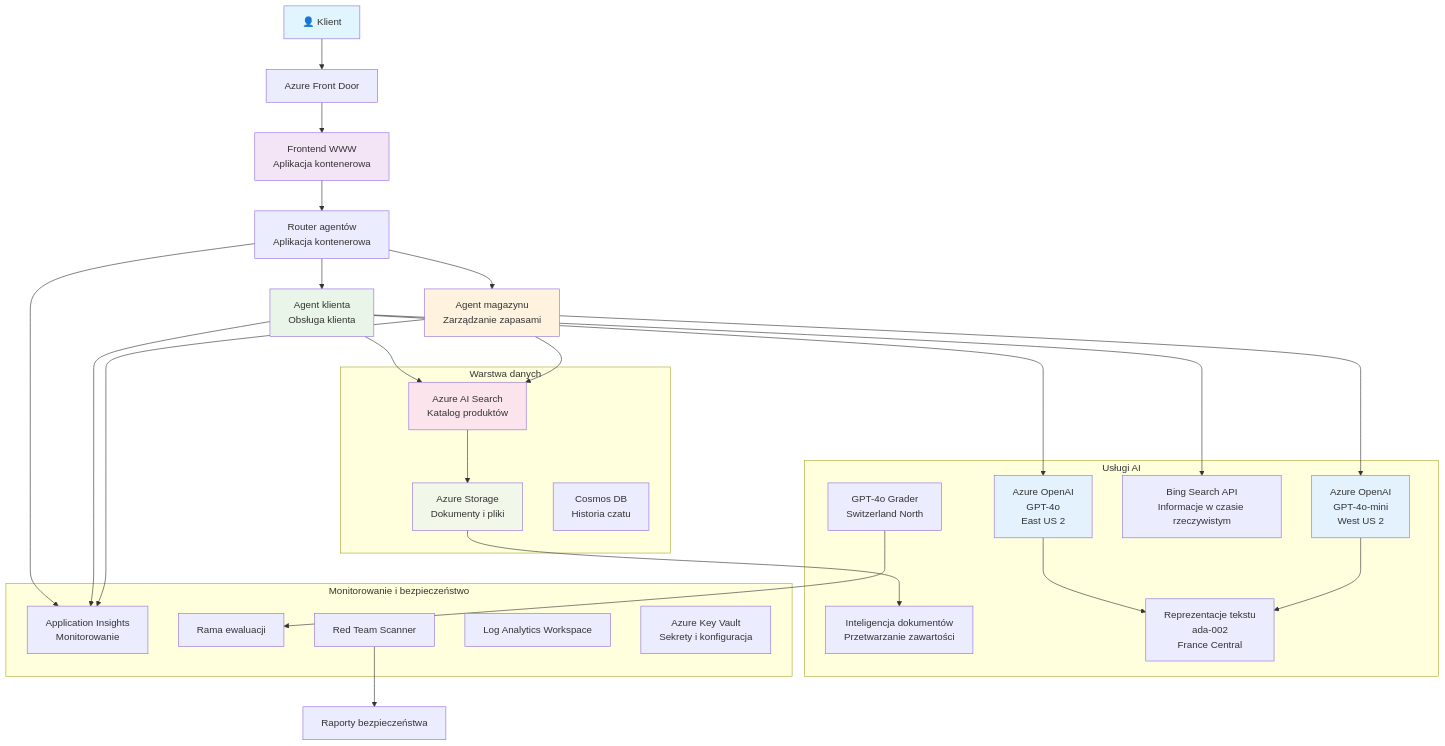
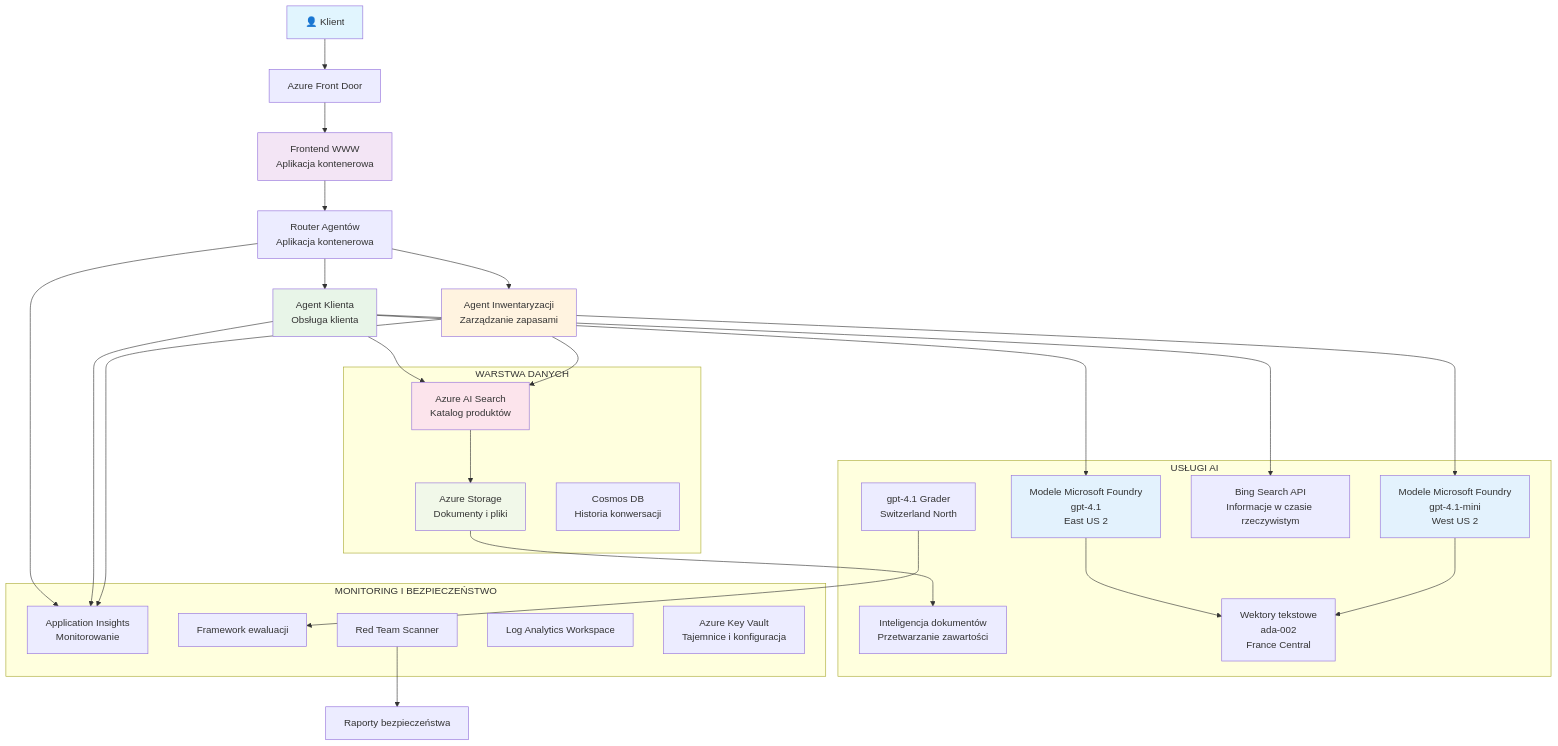
One commit to microsoft/AZD-for-beginners changed the diagram in translations/pl/examples/retail-scenario.md. Above: the diagram before and after it, drawn with Mermaid. The commit also changed other lines of this file and 101 other files, not shown here.

````diff
--- a/translations/pl/examples/retail-scenario.md
+++ b/translations/pl/examples/retail-scenario.md
@@ -139,61 +139,61 @@
 ```mermaid
 graph TB
     User[👤 Klient] --> LB[Azure Front Door]
     LB --> WebApp[Frontend WWW<br/>Aplikacja kontenerowa]
     
-    WebApp --> Router[Router agentów<br/>Aplikacja kontenerowa]
-    Router --> CustomerAgent[Agent klienta<br/>Obsługa klienta]
-    Router --> InvAgent[Agent magazynu<br/>Zarządzanie zapasami]
+    WebApp --> Router[Router Agentów<br/>Aplikacja kontenerowa]
+    Router --> CustomerAgent[Agent Klienta<br/>Obsługa klienta]
+    Router --> InvAgent[Agent Inwentaryzacji<br/>Zarządzanie zapasami]
     
-    CustomerAgent --> OpenAI1[Azure OpenAI<br/>GPT-4o<br/>East US 2]
-    InvAgent --> OpenAI2[Azure OpenAI<br/>GPT-4o-mini<br/>West US 2]
+    CustomerAgent --> OpenAI1[Modele Microsoft Foundry<br/>gpt-4.1<br/>East US 2]
+    InvAgent --> OpenAI2[Modele Microsoft Foundry<br/>gpt-4.1-mini<br/>West US 2]
     
     CustomerAgent --> AISearch[Azure AI Search<br/>Katalog produktów]
     CustomerAgent --> BingSearch[Bing Search API<br/>Informacje w czasie rzeczywistym]
     InvAgent --> AISearch
     
     AISearch --> Storage[Azure Storage<br/>Dokumenty i pliki]
     Storage --> DocIntel[Inteligencja dokumentów<br/>Przetwarzanie zawartości]
     
-    OpenAI1 --> Embeddings[Reprezentacje tekstu<br/>ada-002<br/>France Central]
+    OpenAI1 --> Embeddings[Wektory tekstowe<br/>ada-002<br/>France Central]
     OpenAI2 --> Embeddings
     
     Router --> AppInsights[Application Insights<br/>Monitorowanie]
     CustomerAgent --> AppInsights
     InvAgent --> AppInsights
     
-    GraderModel[GPT-4o Grader<br/>Switzerland North] --> Evaluation[Rama ewaluacji]
+    GraderModel[gpt-4.1 Grader<br/>Switzerland North] --> Evaluation[Framework ewaluacji]
     RedTeam[Red Team Scanner] --> SecurityReports[Raporty bezpieczeństwa]
     
-    subgraph "Warstwa danych"
+    subgraph "WARSTWA DANYCH"
         Storage
         AISearch
-        CosmosDB[Cosmos DB<br/>Historia czatu]
+        CosmosDB[Cosmos DB<br/>Historia konwersacji]
     end
     
-    subgraph "Usługi AI"
+    subgraph "USŁUGI AI"
         OpenAI1
         OpenAI2
         Embeddings
         GraderModel
         DocIntel
         BingSearch
     end
     
-    subgraph "Monitorowanie i bezpieczeństwo"
+    subgraph "MONITORING I BEZPIECZEŃSTWO"
         AppInsights
         LogAnalytics[Log Analytics Workspace]
-        KeyVault[Azure Key Vault<br/>Sekrety i konfiguracja]
+        KeyVault[Azure Key Vault<br/>Tajemnice i konfiguracja]
         RedTeam
         Evaluation
     end
     
     style User fill:#e1f5fe
     style WebApp fill:#f3e5f5
     style CustomerAgent fill:#e8f5e8
     style InvAgent fill:#fff3e0
     style OpenAI1 fill:#e3f2fd
     style OpenAI2 fill:#e3f2fd
     style AISearch fill:#fce4ec
     style Storage fill:#f1f8e9
 ```  
````
